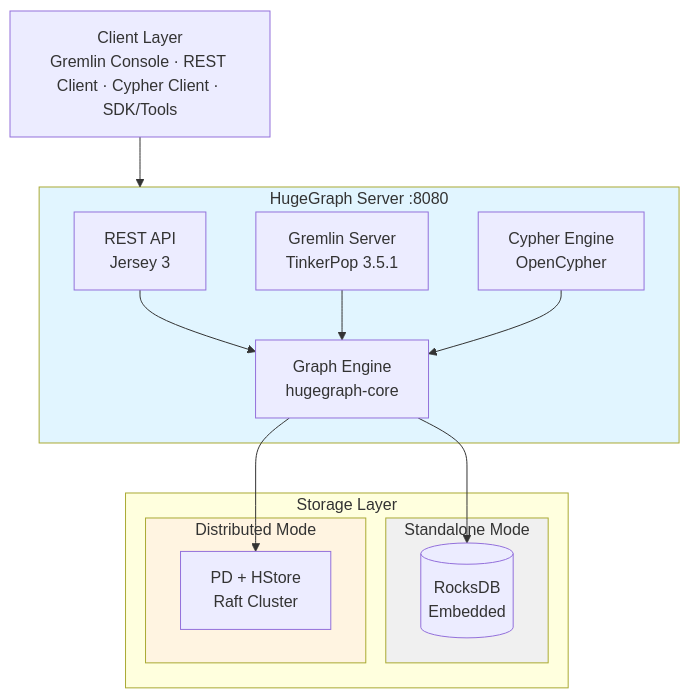
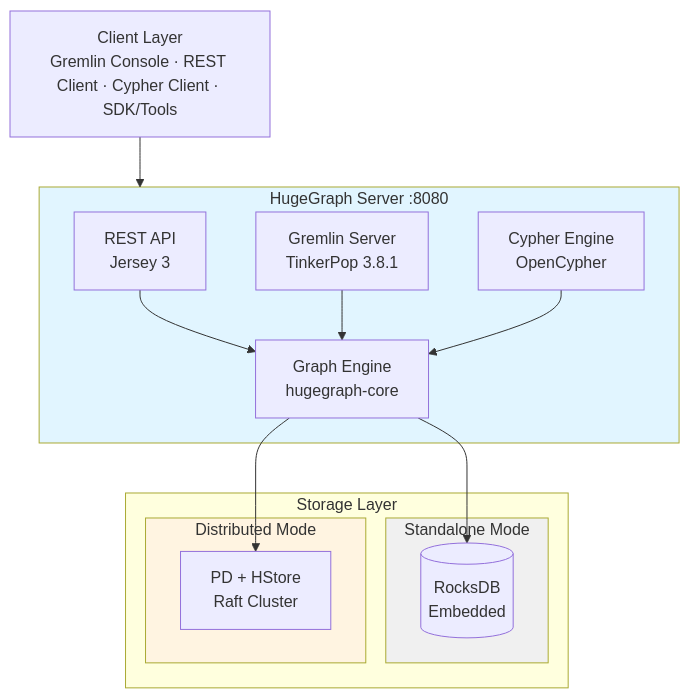
The diagram in data/readmes/apache__hugegraph.md (zqf20096327/dbhub_collect), drawn with Mermaid before and after one commit. The commit also changed other lines of this file and 364 other files, not shown here.

````diff
--- a/data/readmes/apache__hugegraph.md
+++ b/data/readmes/apache__hugegraph.md
@@ -122,33 +122,33 @@
 ```mermaid
 flowchart TB
     CLIENTS["Client Layer<br/>Gremlin Console · REST Client · Cypher Client · SDK/Tools"]
 
     subgraph Server["HugeGraph Server :8080"]
         API[REST API<br/>Jersey 3]
-        GS[Gremlin Server<br/>TinkerPop 3.5.1]
+        GS[Gremlin Server<br/>TinkerPop 3.8.1]
         CS[Cypher Engine<br/>OpenCypher]
         CORE[Graph Engine<br/>hugegraph-core]
 
         API --> CORE
         GS --> CORE
         CS --> CORE
     end
 
     subgraph Storage["Storage Layer"]
         subgraph Standalone["Standalone Mode"]
             ROCKS[(RocksDB<br/>Embedded)]
         end
 
         subgraph Distributed["Distributed Mode"]
             PD_HSTORE[PD + HStore<br/>Raft Cluster]
         end
     end
 
     CLIENTS --> Server
     CORE --> ROCKS
     CORE --> PD_HSTORE
 
     style Server fill:#e1f5ff
     style Distributed fill:#fff4e1
     style Standalone fill:#f0f0f0
 ```
````
